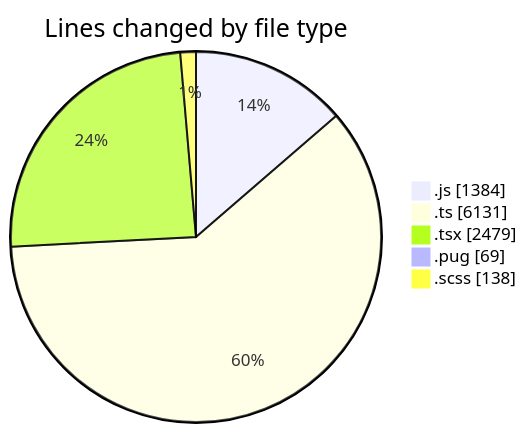
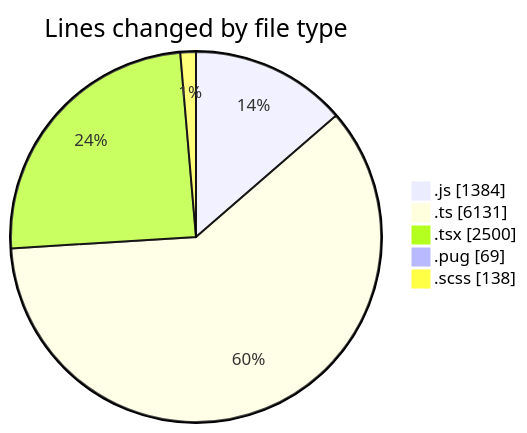
Before and after one commit to momahboobian/code-tracking: the first of 2 diagrams in 2025-03-25/cda/README.md, drawn with Mermaid. The commit also changed other lines of this file and 1 other file, not shown here.

````diff
--- a/2025-03-25/cda/README.md
+++ b/2025-03-25/cda/README.md
@@ -39,9 +39,9 @@
 ```mermaid
 pie showData
 title Lines changed by file type
 ".js" : 1384
 ".ts" : 6131
-".tsx" : 2479
+".tsx" : 2500
 ".pug" : 69
 ".scss" : 138
 ```
````
